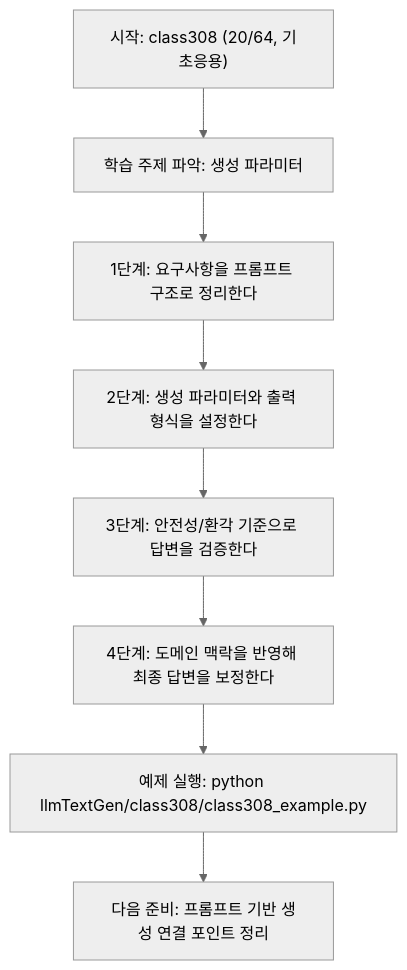
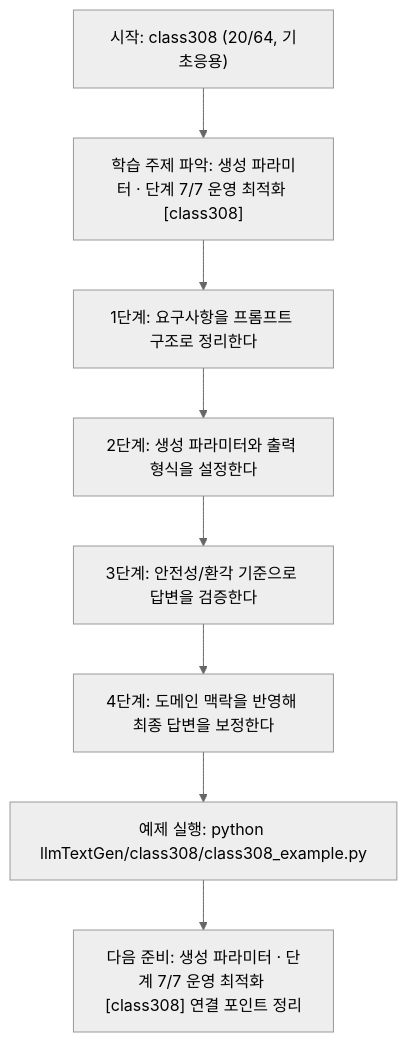
One commit to edumgt/Python-AI_Agent-Class changed the diagram in llmTextGen/class308/class308.md. Above: the diagram before and after it, drawn with Mermaid (neutral theme). The commit also changed other lines of this file and 522 other files, not shown here.

````diff
--- a/llmTextGen/class308/class308.md
+++ b/llmTextGen/class308/class308.md
@@ -112,18 +113,18 @@
 ```mermaid
 flowchart TD
 N1["시작: class308 (20/64, 기초응용)"]
-N2["학습 주제 파악: 생성 파라미터"]
+N2["학습 주제 파악: 생성 파라미터 · 단계 7/7 운영 최적화 [class308]"]
 N3["1단계: 요구사항을 프롬프트 구조로 정리한다"]
 N4["2단계: 생성 파라미터와 출력 형식을 설정한다"]
 N5["3단계: 안전성/환각 기준으로 답변을 검증한다"]
 N6["4단계: 도메인 맥락을 반영해 최종 답변을 보정한다"]
 N7["예제 실행: python llmTextGen/class308/class308_example.py"]
-N8["다음 준비: 프롬프트 기반 생성 연결 포인트 정리"]
+N8["다음 준비: 생성 파라미터 · 단계 7/7 운영 최적화 [class308] 연결 포인트 정리"]
 N1 --> N2
 N2 --> N3
 N3 --> N4
 N4 --> N5
 N5 --> N6
 N6 --> N7
 N7 --> N8
 ```
````
